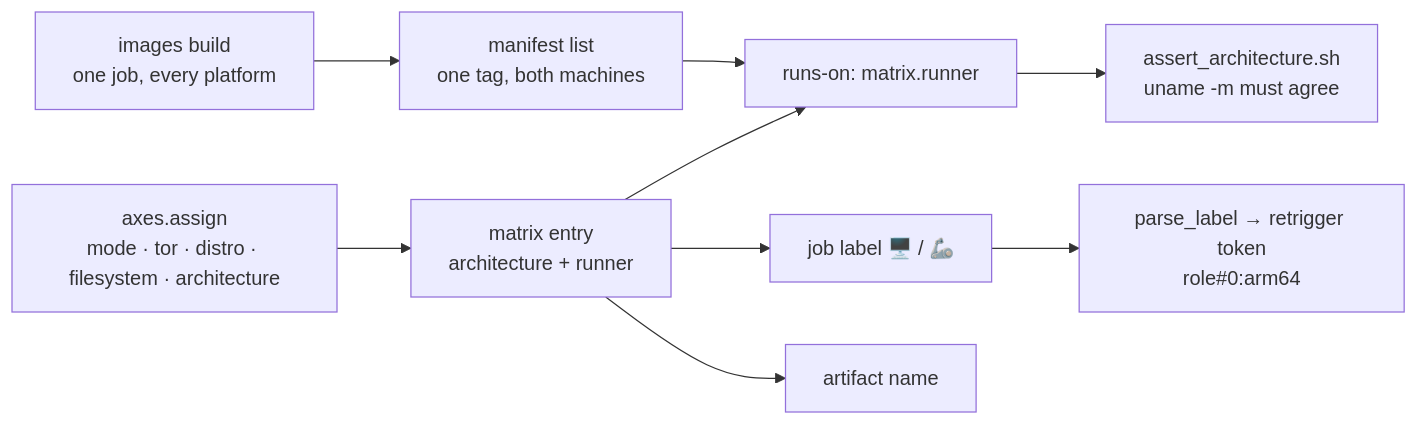
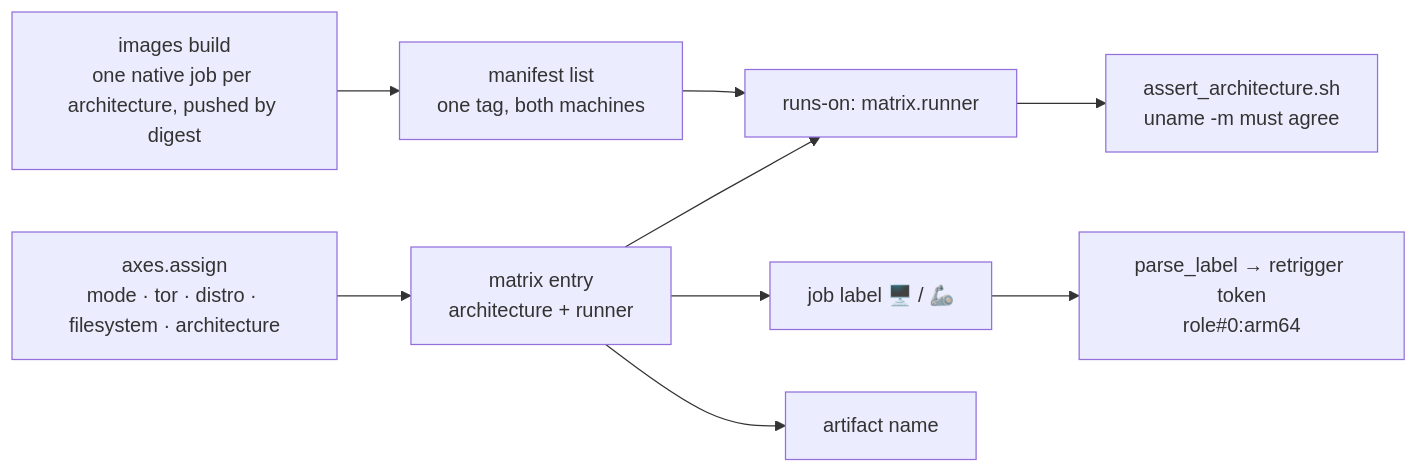
One commit to infinito-nexus/core changed the diagram in docs/architecture/decisions/0002-ci-architecture-axis.md. Above: the diagram before and after it, drawn with Mermaid. The commit also changed other lines of this file and 5 other files, not shown here.

First line of the commit message:
perf(images): build each architecture natively and publish one tag per distro

````diff
--- a/docs/architecture/decisions/0002-ci-architecture-axis.md
+++ b/docs/architecture/decisions/0002-ci-architecture-axis.md
@@ -76,11 +76,11 @@
 ```mermaid
 flowchart LR
     A["axes.assign<br/>mode · tor · distro · filesystem · architecture"] --> E["matrix entry<br/>architecture + runner"]
     E --> R["runs-on: matrix.runner"]
     E --> L["job label 🖥️ / 🦾"]
     E --> T["artifact name"]
     R --> V["assert_architecture.sh<br/>uname -m must agree"]
     L --> F["parse_label → retrigger token<br/>role#0:arm64"]
-    B["images build<br/>one job, every platform"] --> M["manifest list<br/>one tag, both machines"]
+    B["images build<br/>one native job per architecture, pushed by digest"] --> M["manifest list<br/>one tag, both machines"]
     M --> R
 ```
````
